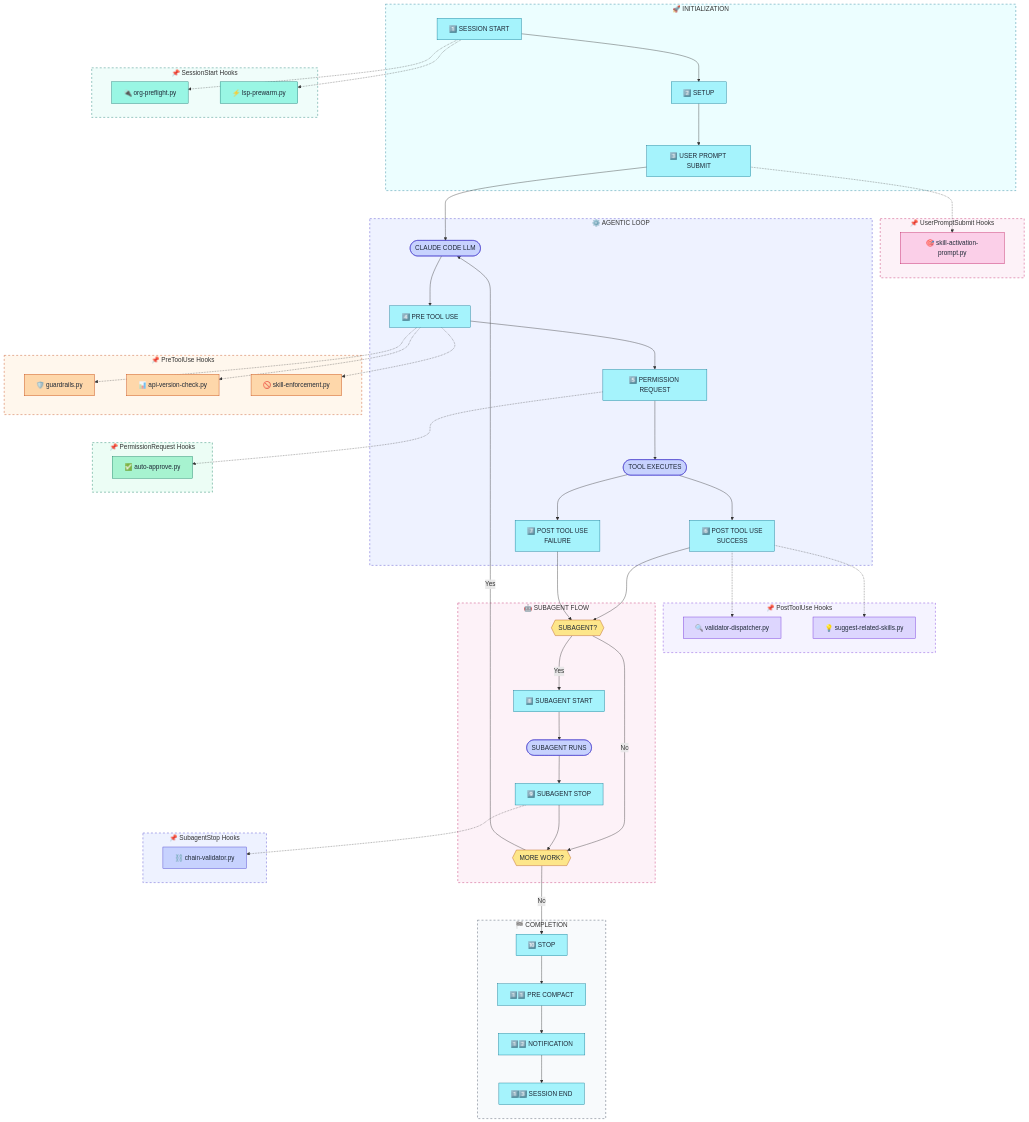
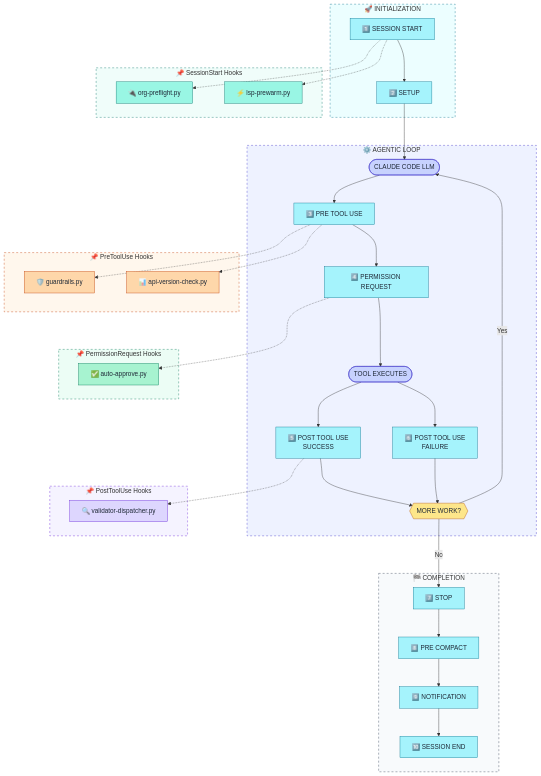
One commit to Jaganpro/sf-skills changed the diagram in shared/hooks/docs/hook-lifecycle-diagram.md. Above: the diagram before and after it, drawn with Mermaid. The commit also changed other lines of this file and 37 other files, not shown here.

````diff
--- a/shared/hooks/docs/hook-lifecycle-diagram.md
+++ b/shared/hooks/docs/hook-lifecycle-diagram.md
@@ -12,7 +12,6 @@
     subgraph init["🚀 INITIALIZATION"]
         S1["1️⃣ SESSION START"]
         S2["2️⃣ SETUP"]
-        S3["3️⃣ USER PROMPT SUBMIT"]
     end
 
     subgraph hooks_session["📌 SessionStart Hooks"]
@@ -20,23 +19,19 @@
         H_LSP["⚡ lsp-prewarm.py"]
     end
 
-    subgraph hooks_prompt["📌 UserPromptSubmit Hooks"]
-        H_SKILL_ACT["🎯 skill-activation-prompt.py"]
-    end
-
     subgraph agentic["⚙️ AGENTIC LOOP"]
         LLM(["CLAUDE CODE LLM"])
-        S4["4️⃣ PRE TOOL USE"]
-        S5["5️⃣ PERMISSION REQUEST"]
+        S3["3️⃣ PRE TOOL USE"]
+        S4["4️⃣ PERMISSION REQUEST"]
         EXEC(["TOOL EXECUTES"])
-        S6["6️⃣ POST TOOL USE<br/>SUCCESS"]
-        S7["7️⃣ POST TOOL USE<br/>FAILURE"]
+        S5["5️⃣ POST TOOL USE<br/>SUCCESS"]
+        S6["6️⃣ POST TOOL USE<br/>FAILURE"]
+        MORE_Q{{"MORE WORK?"}}
     end
 
     subgraph hooks_pre["📌 PreToolUse Hooks"]
         H_GUARD["🛡️ guardrails.py"]
         H_API["📊 api-version-check.py"]
-        H_ENFORCE["🚫 skill-enforcement.py"]
     end
 
     subgraph hooks_perm["📌 PermissionRequest Hooks"]
@@ -45,72 +40,45 @@
 
     subgraph hooks_post["📌 PostToolUse Hooks"]
         H_VALID["🔍 validator-dispatcher.py"]
-        H_SUGGEST["💡 suggest-related-skills.py"]
-    end
-
-    subgraph subagent["🤖 SUBAGENT FLOW"]
-        SUB_Q{{"SUBAGENT?"}}
-        S8["8️⃣ SUBAGENT START"]
-        SUB_RUN(["SUBAGENT RUNS"])
-        S9["9️⃣ SUBAGENT STOP"]
-        MORE_Q{{"MORE WORK?"}}
-    end
-
-    subgraph hooks_sub["📌 SubagentStop Hooks"]
-        H_CHAIN["⛓️ chain-validator.py"]
     end
 
     subgraph finish["🏁 COMPLETION"]
-        S10["🔟 STOP"]
-        S11["1️⃣1️⃣ PRE COMPACT"]
-        S12["1️⃣2️⃣ NOTIFICATION"]
-        S13["1️⃣3️⃣ SESSION END"]
+        S7["7️⃣ STOP"]
+        S8["8️⃣ PRE COMPACT"]
+        S9["9️⃣ NOTIFICATION"]
+        S10["🔟 SESSION END"]
     end
 
     %% Main Flow - Initialization
-    S1 --> S2 --> S3 --> LLM
+    S1 --> S2 --> LLM
 
     %% SessionStart hooks
     S1 -.-> H_ORG
     S1 -.-> H_LSP
 
-    %% UserPromptSubmit hooks
-    S3 -.-> H_SKILL_ACT
-
     %% Agentic Loop
-    LLM --> S4 --> S5 --> EXEC
+    LLM --> S3 --> S4 --> EXEC
+    EXEC --> S5
     EXEC --> S6
-    EXEC --> S7
 
     %% PreToolUse hooks
-    S4 -.-> H_GUARD
-    S4 -.-> H_API
-    S4 -.-> H_ENFORCE
+    S3 -.-> H_GUARD
+    S3 -.-> H_API
 
     %% PermissionRequest hooks
-    S5 -.-> H_AUTO
+    S4 -.-> H_AUTO
 
     %% PostToolUse hooks
-    S6 -.-> H_VALID
-    S6 -.-> H_SUGGEST
-
-    %% Subagent flow
-    S6 --> SUB_Q
-    S7 --> SUB_Q
-    SUB_Q -->|Yes| S8
-    SUB_Q -->|No| MORE_Q
-    S8 --> SUB_RUN --> S9
-    S9 --> MORE_Q
-
-    %% SubagentStop hooks
-    S9 -.-> H_CHAIN
+    S5 -.-> H_VALID
 
     %% Loop back or finish
+    S5 --> MORE_Q
+    S6 --> MORE_Q
     MORE_Q -->|Yes| LLM
-    MORE_Q -->|No| S10
+    MORE_Q -->|No| S7
 
     %% Finish flow
-    S10 --> S11 --> S12 --> S13
+    S7 --> S8 --> S9 --> S10
 
     %% Node Styling - Event nodes (Cyan-200 Foundation)
     style S1 fill:#a5f3fc,stroke:#0e7490,color:#1f2937
@@ -123,52 +91,36 @@
     style S8 fill:#a5f3fc,stroke:#0e7490,color:#1f2937
     style S9 fill:#a5f3fc,stroke:#0e7490,color:#1f2937
     style S10 fill:#a5f3fc,stroke:#0e7490,color:#1f2937
-    style S11 fill:#a5f3fc,stroke:#0e7490,color:#1f2937
-    style S12 fill:#a5f3fc,stroke:#0e7490,color:#1f2937
-    style S13 fill:#a5f3fc,stroke:#0e7490,color:#1f2937
 
     %% Node Styling - Execution nodes (Indigo-200)
     style LLM fill:#c7d2fe,stroke:#4338ca,color:#1f2937
     style EXEC fill:#c7d2fe,stroke:#4338ca,color:#1f2937
-    style SUB_RUN fill:#c7d2fe,stroke:#4338ca,color:#1f2937
 
     %% Node Styling - Decision nodes (Amber-200)
-    style SUB_Q fill:#fde68a,stroke:#b45309,color:#1f2937
     style MORE_Q fill:#fde68a,stroke:#b45309,color:#1f2937
 
     %% Node Styling - SessionStart hooks (Teal-200)
     style H_ORG fill:#99f6e4,stroke:#0f766e,color:#1f2937
     style H_LSP fill:#99f6e4,stroke:#0f766e,color:#1f2937
 
-    %% Node Styling - UserPromptSubmit hooks (Pink-200 AI)
-    style H_SKILL_ACT fill:#fbcfe8,stroke:#be185d,color:#1f2937
-
     %% Node Styling - PreToolUse hooks (Orange-200)
     style H_GUARD fill:#fed7aa,stroke:#c2410c,color:#1f2937
     style H_API fill:#fed7aa,stroke:#c2410c,color:#1f2937
-    style H_ENFORCE fill:#fed7aa,stroke:#c2410c,color:#1f2937
 
     %% Node Styling - PermissionRequest hooks (Green-200)
     style H_AUTO fill:#a7f3d0,stroke:#047857,color:#1f2937
 
     %% Node Styling - PostToolUse hooks (Violet-200)
     style H_VALID fill:#ddd6fe,stroke:#6d28d9,color:#1f2937
-    style H_SUGGEST fill:#ddd6fe,stroke:#6d28d9,color:#1f2937
-
-    %% Node Styling - SubagentStop hooks (Indigo-200)
-    style H_CHAIN fill:#c7d2fe,stroke:#4338ca,color:#1f2937
 
     %% Subgraph Styling - 50-level fills with dark dashed borders
     style init fill:#ecfeff,stroke:#0e7490,stroke-dasharray:5
     style agentic fill:#eef2ff,stroke:#4338ca,stroke-dasharray:5
-    style subagent fill:#fdf2f8,stroke:#be185d,stroke-dasharray:5
     style finish fill:#f8fafc,stroke:#334155,stroke-dasharray:5
 
     %% Hook subgraph styling
     style hooks_session fill:#f0fdfa,stroke:#0f766e,stroke-dasharray:5
-    style hooks_prompt fill:#fdf2f8,stroke:#be185d,stroke-dasharray:5
     style hooks_pre fill:#fff7ed,stroke:#c2410c,stroke-dasharray:5
     style hooks_perm fill:#ecfdf5,stroke:#047857,stroke-dasharray:5
     style hooks_post fill:#f5f3ff,stroke:#6d28d9,stroke-dasharray:5
-    style hooks_sub fill:#eef2ff,stroke:#4338ca,stroke-dasharray:5
 ```
````
